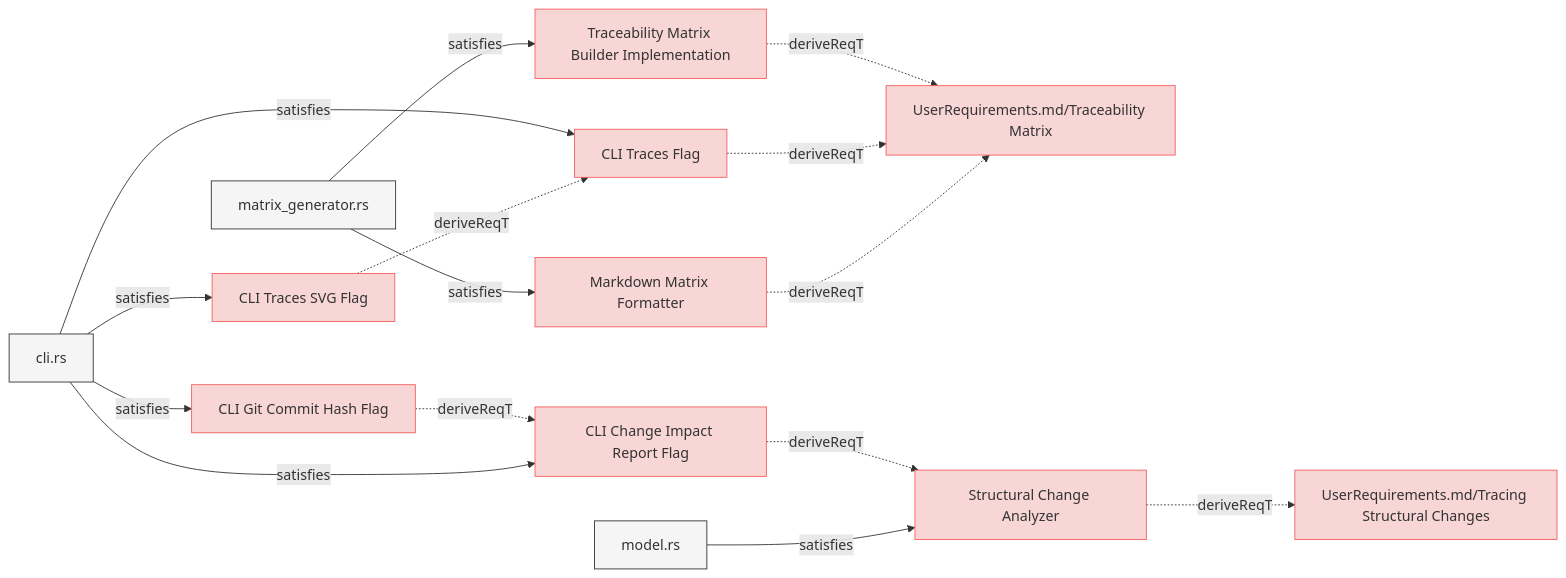
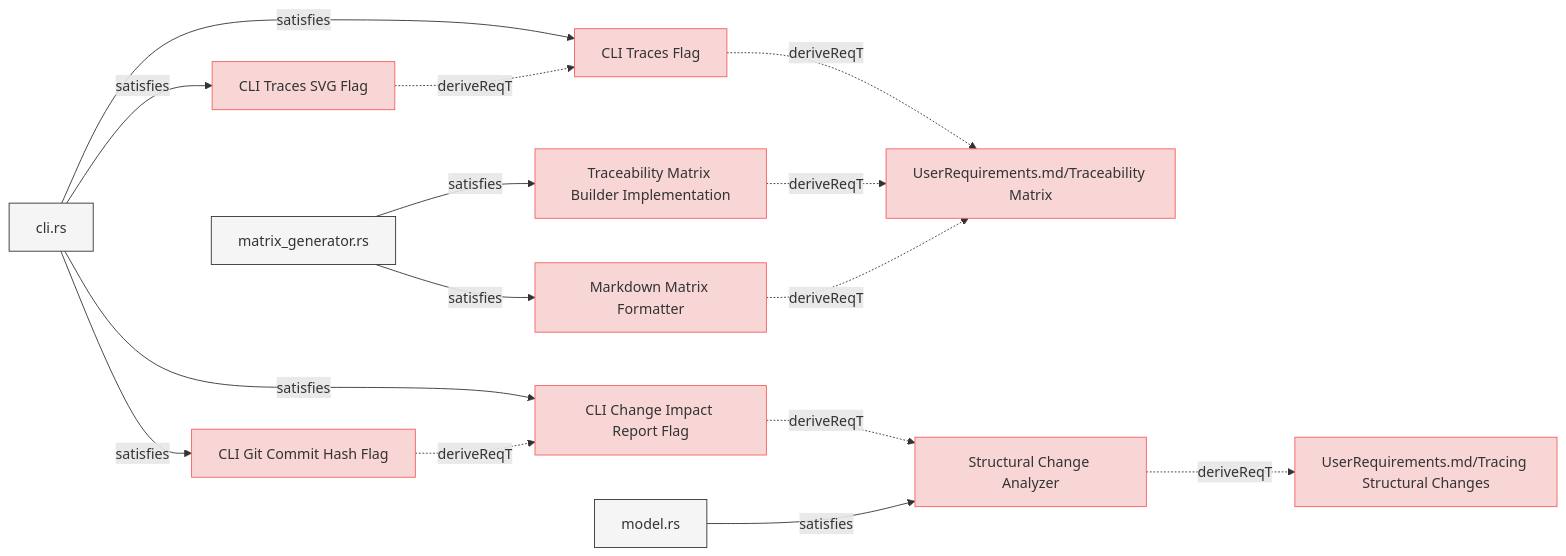
Before and after one commit to reqvire-org/reqvire: the sixth of 8 diagrams in specifications/SystemRequirements/Requirements.md, drawn with Mermaid. The commit also changed other lines of this file and 160 other files, not shown here.

````diff
--- a/specifications/SystemRequirements/Requirements.md
+++ b/specifications/SystemRequirements/Requirements.md
@@ -728,59 +728,59 @@
 ```mermaid
 graph LR;
   %% Graph styling
   classDef requirement fill:#f9d6d6,stroke:#f55f5f,stroke-width:1px;
   classDef verification fill:#d6f9d6,stroke:#5fd75f,stroke-width:1px;
   classDef externalLink fill:#d0e0ff,stroke:#3080ff,stroke-width:1px;
   classDef default fill:#f5f5f5,stroke:#333333,stroke-width:1px;
 
-  6c01a7a878176f8e["Traceability Matrix Builder Implementation"];
-  click 6c01a7a878176f8e "https://github.com/ilijaljubicic/ReqFlow/blob/73d5ae1d93adea71fdf4cc508be4d1ae09be068f/specifications/SystemRequirements/Requirements.md#traceability-matrix-builder-implementation";
-  class 6c01a7a878176f8e requirement;
-  25ad41b0b912092b["UserRequirements.md/Traceability Matrix"];
-  class 25ad41b0b912092b requirement;
-  click 25ad41b0b912092b "https://github.com/ilijaljubicic/ReqFlow/blob/73d5ae1d93adea71fdf4cc508be4d1ae09be068f/specifications/UserRequirements.md#traceability-matrix";
-  6c01a7a878176f8e -.->|deriveReqT| 25ad41b0b912092b;
-  722018940c193779["matrix_generator.rs"];
-  class 722018940c193779 default;
-  click 722018940c193779 "https://github.com/ilijaljubicic/ReqFlow/blob/73d5ae1d93adea71fdf4cc508be4d1ae09be068f/core/src/matrix_generator.rs";
-  722018940c193779 -->|satisfies| 6c01a7a878176f8e;
-  99fe584a54368e2c["CLI Traces Flag"];
-  click 99fe584a54368e2c "https://github.com/ilijaljubicic/ReqFlow/blob/73d5ae1d93adea71fdf4cc508be4d1ae09be068f/specifications/SystemRequirements/Requirements.md#cli-traces-flag";
-  class 99fe584a54368e2c requirement;
-  99fe584a54368e2c -.->|deriveReqT| 25ad41b0b912092b;
-  b2b6ff676ff5d2cc["cli.rs"];
-  class b2b6ff676ff5d2cc default;
-  click b2b6ff676ff5d2cc "https://github.com/ilijaljubicic/ReqFlow/blob/73d5ae1d93adea71fdf4cc508be4d1ae09be068f/cli/src/cli.rs";
-  b2b6ff676ff5d2cc -->|satisfies| 99fe584a54368e2c;
-  c71f1cc579bb4db["CLI Git Commit Hash Flag"];
-  click c71f1cc579bb4db "https://github.com/ilijaljubicic/ReqFlow/blob/73d5ae1d93adea71fdf4cc508be4d1ae09be068f/specifications/SystemRequirements/Requirements.md#cli-git-commit-hash-flag";
-  class c71f1cc579bb4db requirement;
-  98cbeaac067febd5["CLI Change Impact Report Flag"];
-  class 98cbeaac067febd5 requirement;
-  click 98cbeaac067febd5 "https://github.com/ilijaljubicic/ReqFlow/blob/73d5ae1d93adea71fdf4cc508be4d1ae09be068f/specifications/SystemRequirements/Requirements.md#cli-change-impact-report-flag";
-  c71f1cc579bb4db -.->|deriveReqT| 98cbeaac067febd5;
-  b2b6ff676ff5d2cc -->|satisfies| c71f1cc579bb4db;
-  6deadc5fd3fd1500["Markdown Matrix Formatter"];
-  click 6deadc5fd3fd1500 "https://github.com/ilijaljubicic/ReqFlow/blob/73d5ae1d93adea71fdf4cc508be4d1ae09be068f/specifications/SystemRequirements/Requirements.md#markdown-matrix-formatter";
-  class 6deadc5fd3fd1500 requirement;
-  6deadc5fd3fd1500 -.->|deriveReqT| 25ad41b0b912092b;
-  722018940c193779 -->|satisfies| 6deadc5fd3fd1500;
-  8ada7921a5aa8d47["Structural Change Analyzer"];
-  class 8ada7921a5aa8d47 requirement;
-  click 8ada7921a5aa8d47 "https://github.com/ilijaljubicic/ReqFlow/blob/73d5ae1d93adea71fdf4cc508be4d1ae09be068f/specifications/SystemRequirements/Requirements.md#structural-change-analyzer";
-  98cbeaac067febd5 -.->|deriveReqT| 8ada7921a5aa8d47;
-  b2b6ff676ff5d2cc -->|satisfies| 98cbeaac067febd5;
-  e42698fdbbf344aa["UserRequirements.md/Tracing Structural Changes"];
-  class e42698fdbbf344aa requirement;
-  click e42698fdbbf344aa "https://github.com/ilijaljubicic/ReqFlow/blob/73d5ae1d93adea71fdf4cc508be4d1ae09be068f/specifications/UserRequirements.md#tracing-structural-changes";
-  8ada7921a5aa8d47 -.->|deriveReqT| e42698fdbbf344aa;
-  a2b02da80c17b86f["model.rs"];
-  class a2b02da80c17b86f default;
-  click a2b02da80c17b86f "https://github.com/ilijaljubicic/ReqFlow/blob/73d5ae1d93adea71fdf4cc508be4d1ae09be068f/core/src/change_impact.rs";
-  a2b02da80c17b86f -->|satisfies| 8ada7921a5aa8d47;
-  3900a99fdbd871ae["CLI Traces SVG Flag"];
-  click 3900a99fdbd871ae "https://github.com/ilijaljubicic/ReqFlow/blob/73d5ae1d93adea71fdf4cc508be4d1ae09be068f/specifications/SystemRequirements/Requirements.md#cli-traces-svg-flag";
-  class 3900a99fdbd871ae requirement;
-  3900a99fdbd871ae -.->|deriveReqT| 99fe584a54368e2c;
-  b2b6ff676ff5d2cc -->|satisfies| 3900a99fdbd871ae;
+  7a56a2d0b94cbc94["CLI Traces Flag"];
+  click 7a56a2d0b94cbc94 "https://github.com/ilijaljubicic/Reqvire/blob/8a68ca1eab81bac7964085e47777a0a92447c6a5/specifications/SystemRequirements/Requirements.md#cli-traces-flag";
+  class 7a56a2d0b94cbc94 requirement;
+  681cda683cd3fa2a["UserRequirements.md/Traceability Matrix"];
+  class 681cda683cd3fa2a requirement;
+  click 681cda683cd3fa2a "https://github.com/ilijaljubicic/Reqvire/blob/8a68ca1eab81bac7964085e47777a0a92447c6a5/specifications/UserRequirements.md#traceability-matrix";
+  7a56a2d0b94cbc94 -.->|deriveReqT| 681cda683cd3fa2a;
+  5fe26772336463bc["cli.rs"];
+  class 5fe26772336463bc default;
+  click 5fe26772336463bc "https://github.com/ilijaljubicic/Reqvire/blob/8a68ca1eab81bac7964085e47777a0a92447c6a5/cli/src/cli.rs";
+  5fe26772336463bc -->|satisfies| 7a56a2d0b94cbc94;
+  dae7b02b70487825["CLI Traces SVG Flag"];
+  click dae7b02b70487825 "https://github.com/ilijaljubicic/Reqvire/blob/8a68ca1eab81bac7964085e47777a0a92447c6a5/specifications/SystemRequirements/Requirements.md#cli-traces-svg-flag";
+  class dae7b02b70487825 requirement;
+  dae7b02b70487825 -.->|deriveReqT| 7a56a2d0b94cbc94;
+  5fe26772336463bc -->|satisfies| dae7b02b70487825;
+  9a465de9fd86cbf3["CLI Change Impact Report Flag"];
+  click 9a465de9fd86cbf3 "https://github.com/ilijaljubicic/Reqvire/blob/8a68ca1eab81bac7964085e47777a0a92447c6a5/specifications/SystemRequirements/Requirements.md#cli-change-impact-report-flag";
+  class 9a465de9fd86cbf3 requirement;
+  8911202d5ac22fa9["Structural Change Analyzer"];
+  class 8911202d5ac22fa9 requirement;
+  click 8911202d5ac22fa9 "https://github.com/ilijaljubicic/Reqvire/blob/8a68ca1eab81bac7964085e47777a0a92447c6a5/specifications/SystemRequirements/Requirements.md#structural-change-analyzer";
+  9a465de9fd86cbf3 -.->|deriveReqT| 8911202d5ac22fa9;
+  5fe26772336463bc -->|satisfies| 9a465de9fd86cbf3;
+  7d76667e6a943402["CLI Git Commit Hash Flag"];
+  click 7d76667e6a943402 "https://github.com/ilijaljubicic/Reqvire/blob/8a68ca1eab81bac7964085e47777a0a92447c6a5/specifications/SystemRequirements/Requirements.md#cli-git-commit-hash-flag";
+  class 7d76667e6a943402 requirement;
+  7d76667e6a943402 -.->|deriveReqT| 9a465de9fd86cbf3;
+  5fe26772336463bc -->|satisfies| 7d76667e6a943402;
+  4dc854c91f0e4c8d["UserRequirements.md/Tracing Structural Changes"];
+  class 4dc854c91f0e4c8d requirement;
+  click 4dc854c91f0e4c8d "https://github.com/ilijaljubicic/Reqvire/blob/8a68ca1eab81bac7964085e47777a0a92447c6a5/specifications/UserRequirements.md#tracing-structural-changes";
+  8911202d5ac22fa9 -.->|deriveReqT| 4dc854c91f0e4c8d;
+  3a36b9f74d4d889b["model.rs"];
+  class 3a36b9f74d4d889b default;
+  click 3a36b9f74d4d889b "https://github.com/ilijaljubicic/Reqvire/blob/8a68ca1eab81bac7964085e47777a0a92447c6a5/core/src/change_impact.rs";
+  3a36b9f74d4d889b -->|satisfies| 8911202d5ac22fa9;
+  c82329bbc603aed3["Traceability Matrix Builder Implementation"];
+  click c82329bbc603aed3 "https://github.com/ilijaljubicic/Reqvire/blob/8a68ca1eab81bac7964085e47777a0a92447c6a5/specifications/SystemRequirements/Requirements.md#traceability-matrix-builder-implementation";
+  class c82329bbc603aed3 requirement;
+  c82329bbc603aed3 -.->|deriveReqT| 681cda683cd3fa2a;
+  9f97df7988362b9["matrix_generator.rs"];
+  class 9f97df7988362b9 default;
+  click 9f97df7988362b9 "https://github.com/ilijaljubicic/Reqvire/blob/8a68ca1eab81bac7964085e47777a0a92447c6a5/core/src/matrix_generator.rs";
+  9f97df7988362b9 -->|satisfies| c82329bbc603aed3;
+  a06aa9bb2311c8b3["Markdown Matrix Formatter"];
+  click a06aa9bb2311c8b3 "https://github.com/ilijaljubicic/Reqvire/blob/8a68ca1eab81bac7964085e47777a0a92447c6a5/specifications/SystemRequirements/Requirements.md#markdown-matrix-formatter";
+  class a06aa9bb2311c8b3 requirement;
+  a06aa9bb2311c8b3 -.->|deriveReqT| 681cda683cd3fa2a;
+  9f97df7988362b9 -->|satisfies| a06aa9bb2311c8b3;
 ```
````
